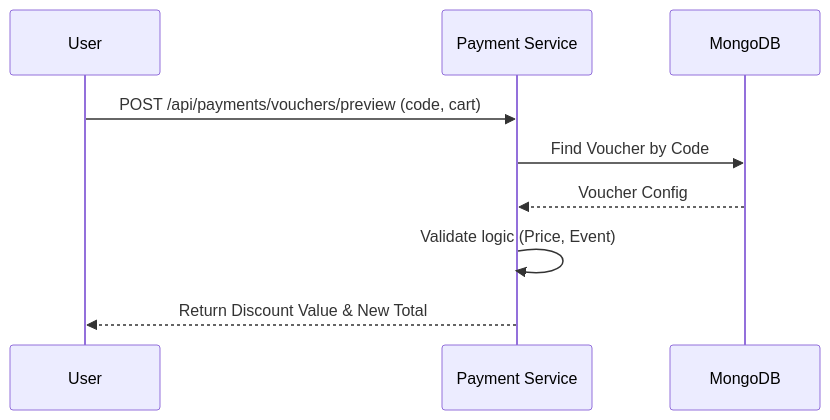
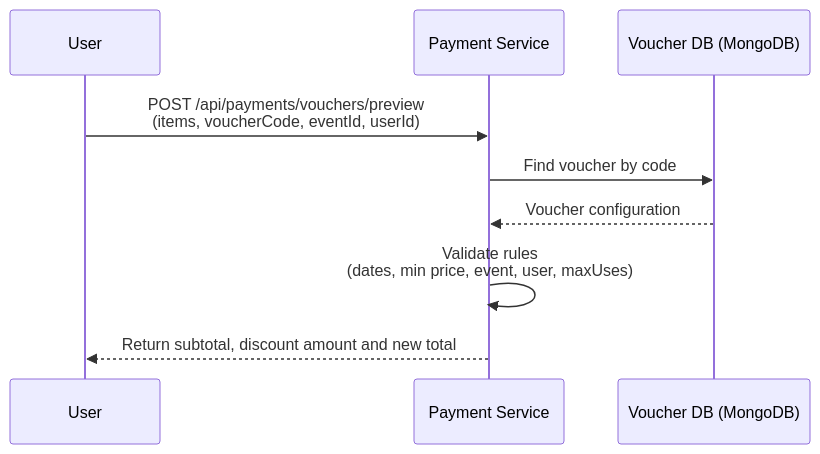
Before and after one commit to SDN-Group5/Event-Ticketing-Platform: the second of 28 diagrams in doc/UML/Phuoc_PaymentCheckin.md, drawn with Mermaid. The commit also changed other lines of this file and 19 other files, not shown here.

````diff
--- a/doc/UML/Phuoc_PaymentCheckin.md
+++ b/doc/UML/Phuoc_PaymentCheckin.md
@@ -25,11 +25,11 @@
 ```mermaid
 sequenceDiagram
     participant U as User
     participant P as Payment Service
-    participant DB as MongoDB
-    U->>P: POST /api/payments/vouchers/preview (code, cart)
-    P->>DB: Find Voucher by Code
-    DB-->>P: Voucher Config
-    P->>P: Validate logic (Price, Event)
-    P-->>U: Return Discount Value & New Total
+    participant DB as Voucher DB (MongoDB)
+    U->>P: POST /api/payments/vouchers/preview<br/>(items, voucherCode, eventId, userId)
+    P->>DB: Find voucher by code
+    DB-->>P: Voucher configuration
+    P->>P: Validate rules<br/>(dates, min price, event, user, maxUses)
+    P-->>U: Return subtotal, discount amount and new total
 ```
````
